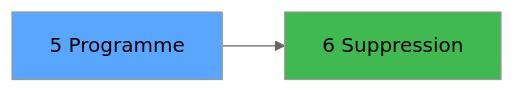
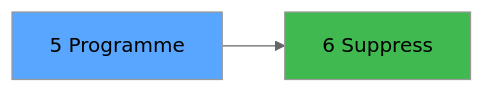
One commit to thonyAGP/magic-migration changed the third of 3 diagrams in .openspec/specs/ADH-IDE-5.md. Above: the diagram before and after it, drawn with Mermaid (neutral theme). The commit also changed other lines of this file and 323 other files, not shown here.

````diff
--- a/.openspec/specs/ADH-IDE-5.md
+++ b/.openspec/specs/ADH-IDE-5.md
@@ -114,8 +126,8 @@
 ```mermaid
 graph LR
     T[5 Programme]
-    C6[6     Suppression]
+    C6[6     Suppress]
     T --> C6
     style T fill:#58a6ff,color:#000
     style C6 fill:#3fb950
 ```
````
